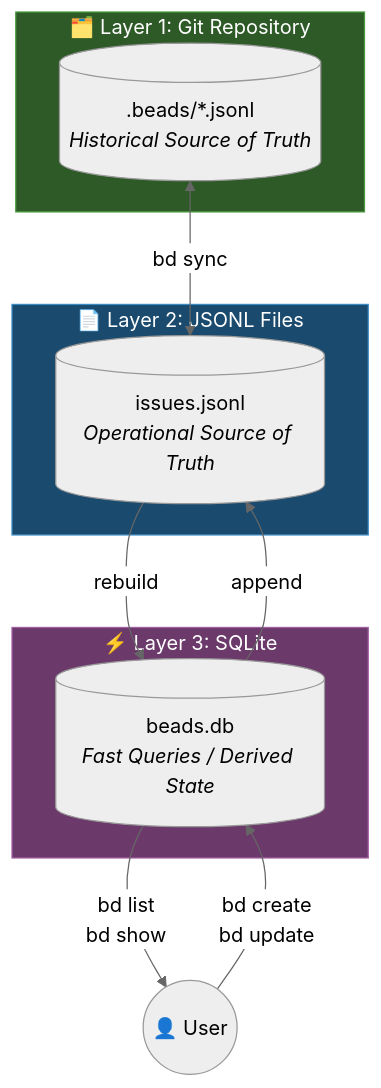
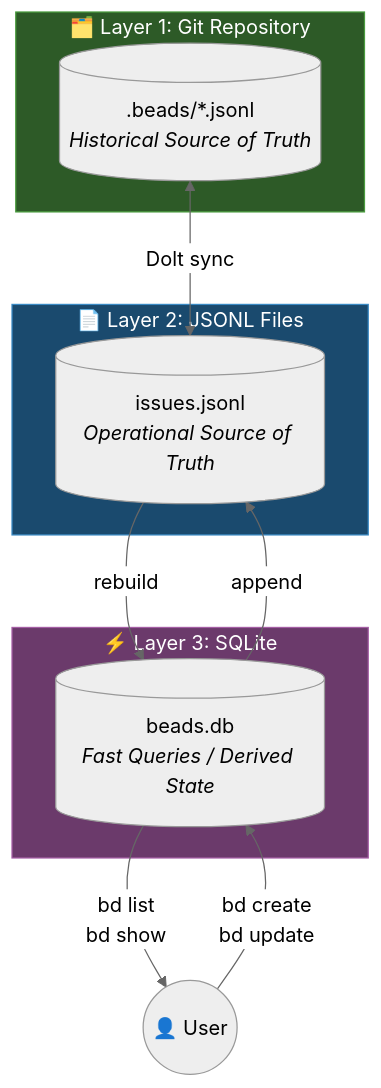
Before and after one commit to steveyegge/beads: the diagram in website/docs/architecture/index.md, drawn with Mermaid (neutral theme). The commit also changed other lines of this file and 28 other files, not shown here.

````diff
--- a/website/docs/architecture/index.md
+++ b/website/docs/architecture/index.md
@@ -15,25 +15,25 @@
 ```mermaid
 flowchart TD
     subgraph GIT["🗂️ Layer 1: Git Repository"]
         G[(".beads/*.jsonl<br/><i>Historical Source of Truth</i>")]
     end
 
     subgraph JSONL["📄 Layer 2: JSONL Files"]
         J[("issues.jsonl<br/><i>Operational Source of Truth</i>")]
     end
 
     subgraph SQL["⚡ Layer 3: SQLite"]
         D[("beads.db<br/><i>Fast Queries / Derived State</i>")]
     end
 
-    G <-->|"bd sync"| J
+    G <-->|"Dolt sync"| J
     J -->|"rebuild"| D
     D -->|"append"| J
 
     U((👤 User)) -->|"bd create<br/>bd update"| D
     D -->|"bd list<br/>bd show"| U
 
     style GIT fill:#2d5a27,stroke:#4a9c3e,color:#fff
     style JSONL fill:#1a4a6e,stroke:#3a8ac4,color:#fff
     style SQL fill:#6b3a6b,stroke:#a45ea4,color:#fff
 ```
````
